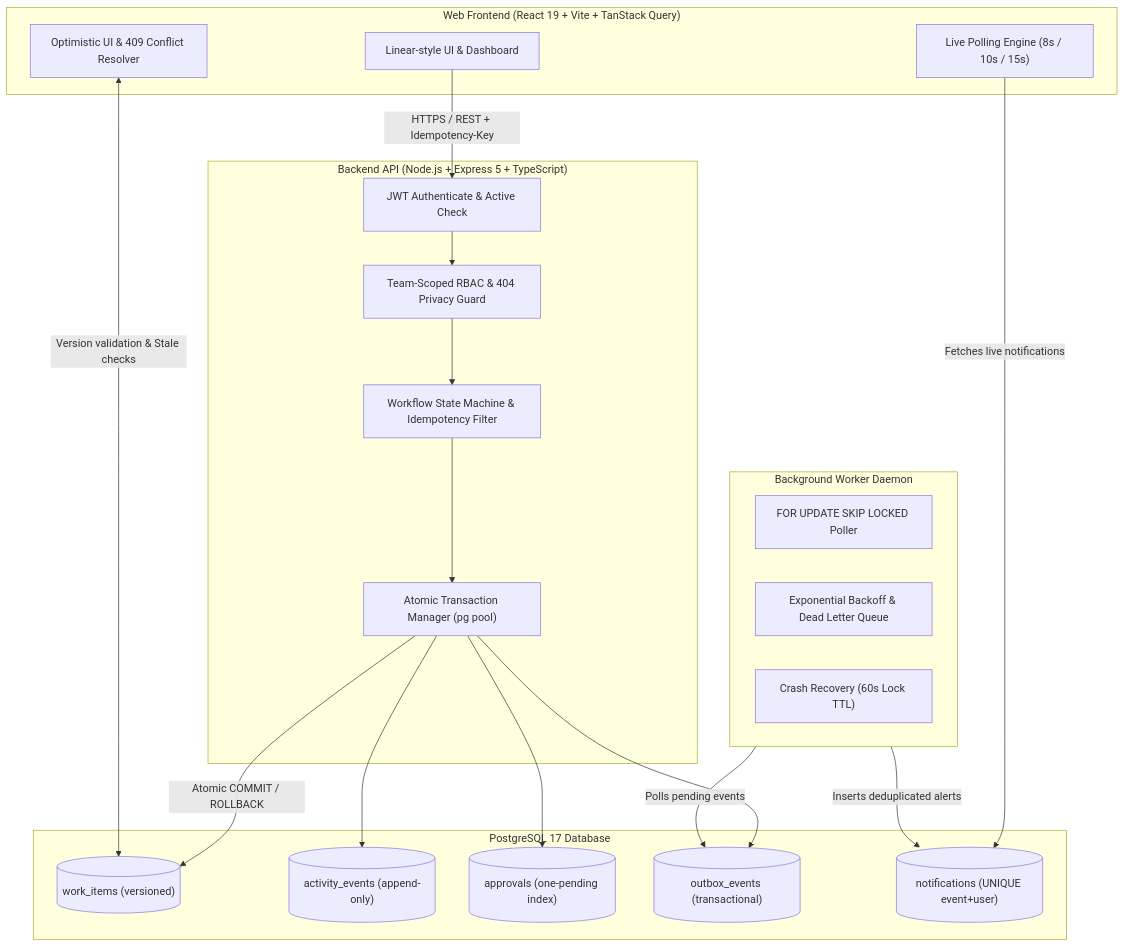
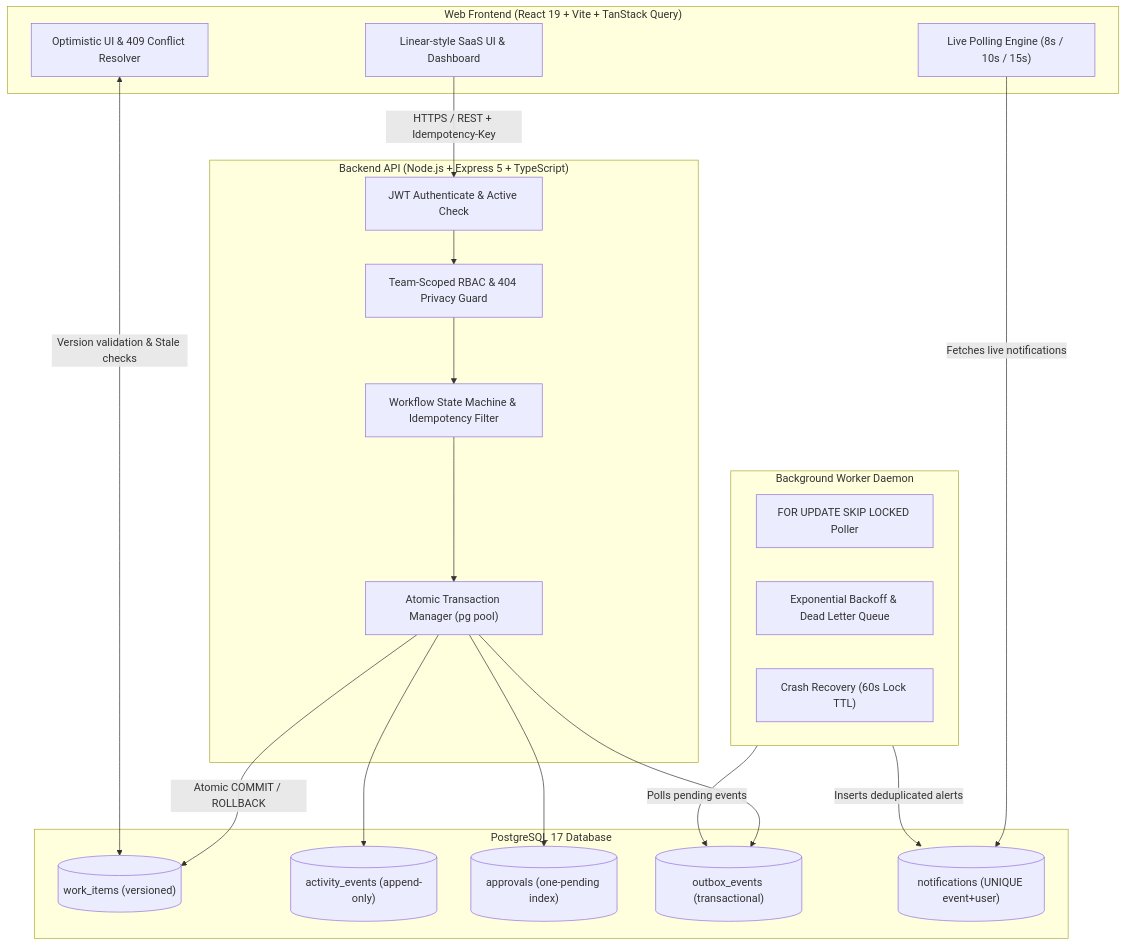
The diagram in README.md (ayoszdeep/newtonite-ops-2300971640025), drawn with Mermaid before and after one commit. The commit also changed other lines of this file and 4 other files, not shown here.

````diff
--- a/README.md
+++ b/README.md
@@ -11,43 +11,43 @@
 ```mermaid
 flowchart TD
     subgraph Client["Web Frontend (React 19 + Vite + TanStack Query)"]
-        UI["Linear-style UI & Dashboard"]
+        UI["Linear-style SaaS UI & Dashboard"]
         OccHandler["Optimistic UI & 409 Conflict Resolver"]
         Polling["Live Polling Engine (8s / 10s / 15s)"]
     end
 
     subgraph API["Backend API (Node.js + Express 5 + TypeScript)"]
         AuthMiddleware["JWT Authenticate & Active Check"]
         RBAC["Team-Scoped RBAC & 404 Privacy Guard"]
         StateMachine["Workflow State Machine & Idempotency Filter"]
         TxManager["Atomic Transaction Manager (pg pool)"]
     end
 
     subgraph DB["PostgreSQL 17 Database"]
         WorkItems[("work_items (versioned)")]
         AuditEvents[("activity_events (append-only)")]
         Approvals[("approvals (one-pending index)")]
         OutboxTable[("outbox_events (transactional)")]
         Notifications[("notifications (UNIQUE event+user)")]
     end
 
     subgraph WorkerService["Background Worker Daemon"]
         SkipLocked["FOR UPDATE SKIP LOCKED Poller"]
         RetryEngine["Exponential Backoff & Dead Letter Queue"]
         LeaseRecovery["Crash Recovery (60s Lock TTL)"]
     end
 
     UI -->|HTTPS / REST + Idempotency-Key| AuthMiddleware
     AuthMiddleware --> RBAC
     RBAC --> StateMachine
     StateMachine --> TxManager
     TxManager -->|Atomic COMMIT / ROLLBACK| WorkItems
     TxManager --> AuditEvents
     TxManager --> Approvals
     TxManager --> OutboxTable
 
     WorkerService -->|Polls pending events| OutboxTable
     WorkerService -->|Inserts deduplicated alerts| Notifications
     Polling -->|Fetches live notifications| Notifications
     OccHandler <-->|Version validation & Stale checks| WorkItems
 ```
````
